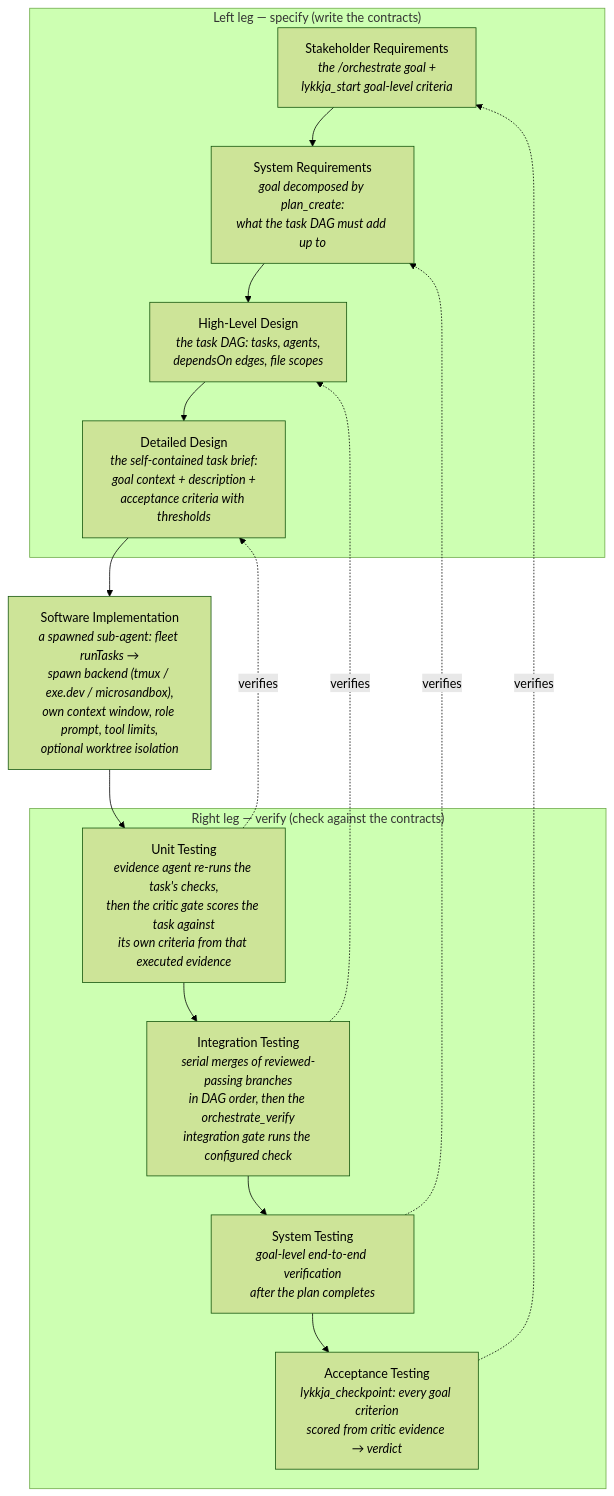
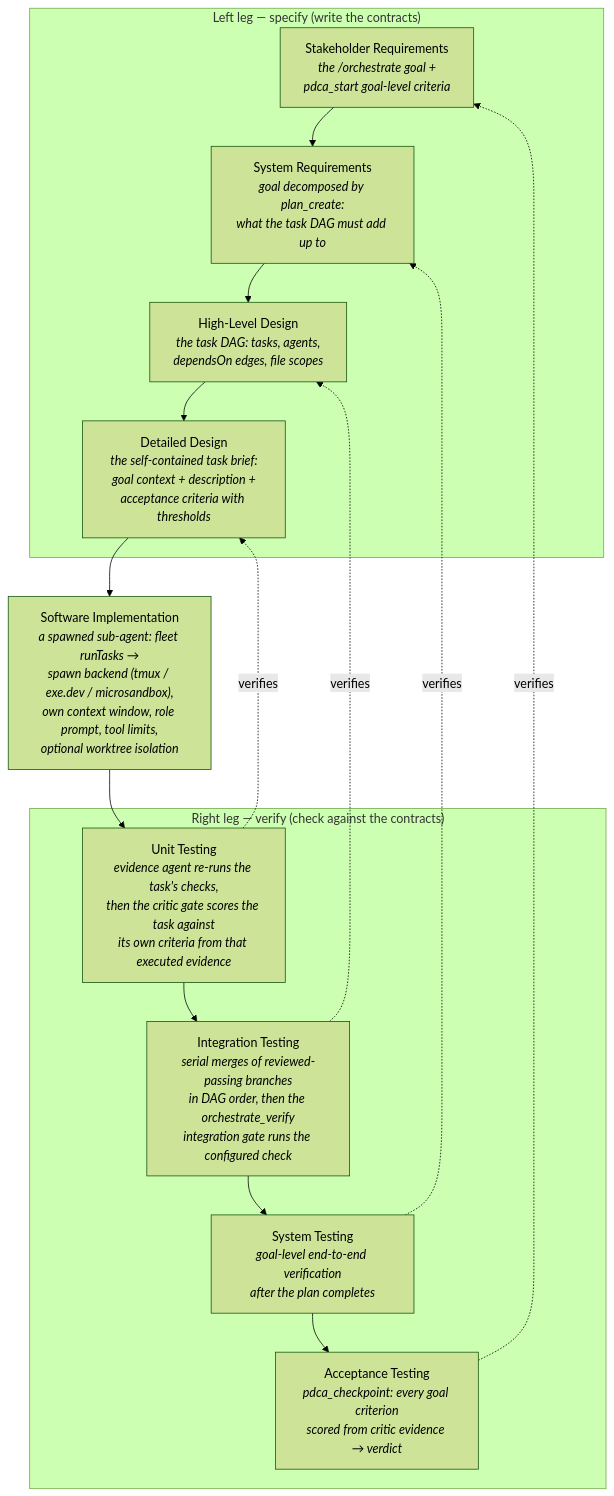
One commit to ulvestuen/pi-kit changed the first of 2 diagrams in docs/micro-vave-execution-model.md. Above: the diagram before and after it, drawn with Mermaid (forest theme). The commit also changed other lines of this file and 38 other files, not shown here.

First line of the commit message:
Rename the lykkja extension to pdca

````diff
--- a/docs/micro-vave-execution-model.md
+++ b/docs/micro-vave-execution-model.md
@@ -61,26 +61,26 @@
 ```mermaid
 flowchart TB
     subgraph left["Left leg — specify (write the contracts)"]
-        sr["Stakeholder Requirements<br/><em>the /orchestrate goal +<br/>lykkja_start goal-level criteria</em>"]
+        sr["Stakeholder Requirements<br/><em>the /orchestrate goal +<br/>pdca_start goal-level criteria</em>"]
         sys["System Requirements<br/><em>goal decomposed by plan_create:<br/>what the task DAG must add up to</em>"]
         hld["High-Level Design<br/><em>the task DAG: tasks, agents,<br/>dependsOn edges, file scopes</em>"]
         dd["Detailed Design<br/><em>the self-contained task brief:<br/>goal context + description +<br/>acceptance criteria with thresholds</em>"]
     end
 
     impl["Software Implementation<br/><em>a spawned sub-agent: fleet runTasks →<br/>spawn backend (tmux / exe.dev / microsandbox),<br/>own context window, role prompt, tool limits,<br/>optional worktree isolation</em>"]
 
     subgraph right["Right leg — verify (check against the contracts)"]
         ut["Unit Testing<br/><em>evidence agent re-runs the task's checks,<br/>then the critic gate scores the task against<br/>its own criteria from that executed evidence</em>"]
         it["Integration Testing<br/><em>serial merges of reviewed-passing branches<br/>in DAG order, then the orchestrate_verify<br/>integration gate runs the configured check</em>"]
         st["System Testing<br/><em>goal-level end-to-end verification<br/>after the plan completes</em>"]
-        at["Acceptance Testing<br/><em>lykkja_checkpoint: every goal criterion<br/>scored from critic evidence → verdict</em>"]
+        at["Acceptance Testing<br/><em>pdca_checkpoint: every goal criterion<br/>scored from critic evidence → verdict</em>"]
     end
 
     sr --> sys --> hld --> dd --> impl
     impl --> ut --> it --> st --> at
 
     ut -. "verifies" .-> dd
     it -. "verifies" .-> hld
     st -. "verifies" .-> sys
     at -. "verifies" .-> sr
 ```
````
